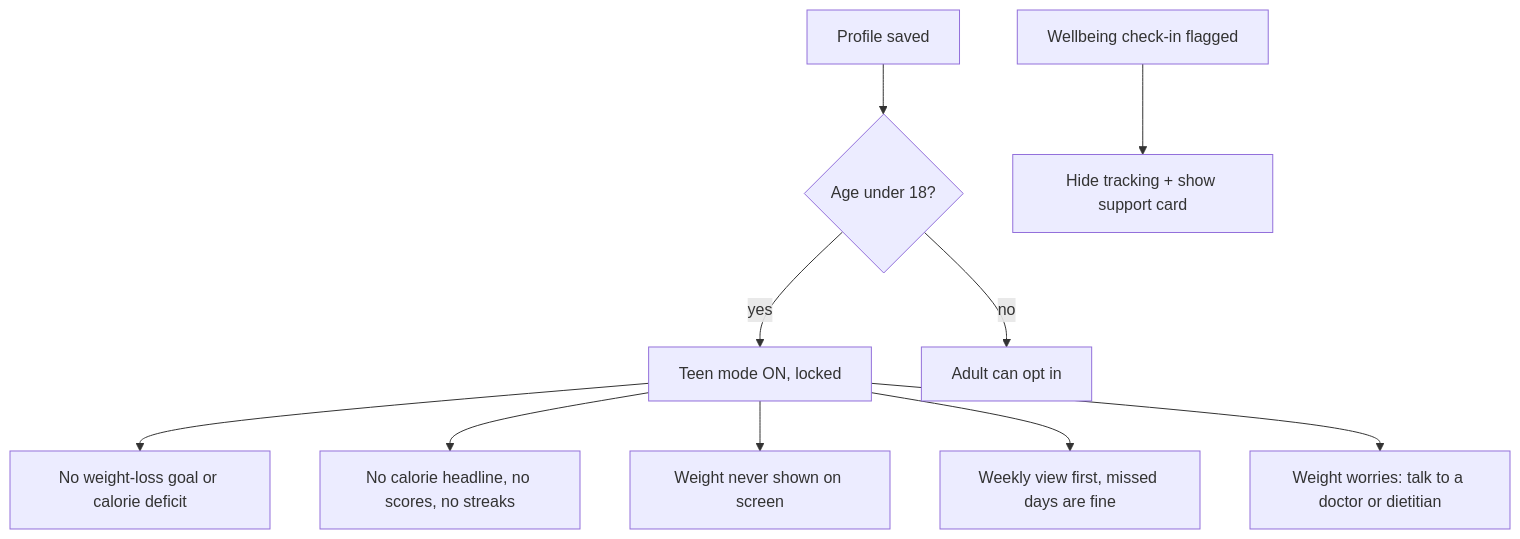
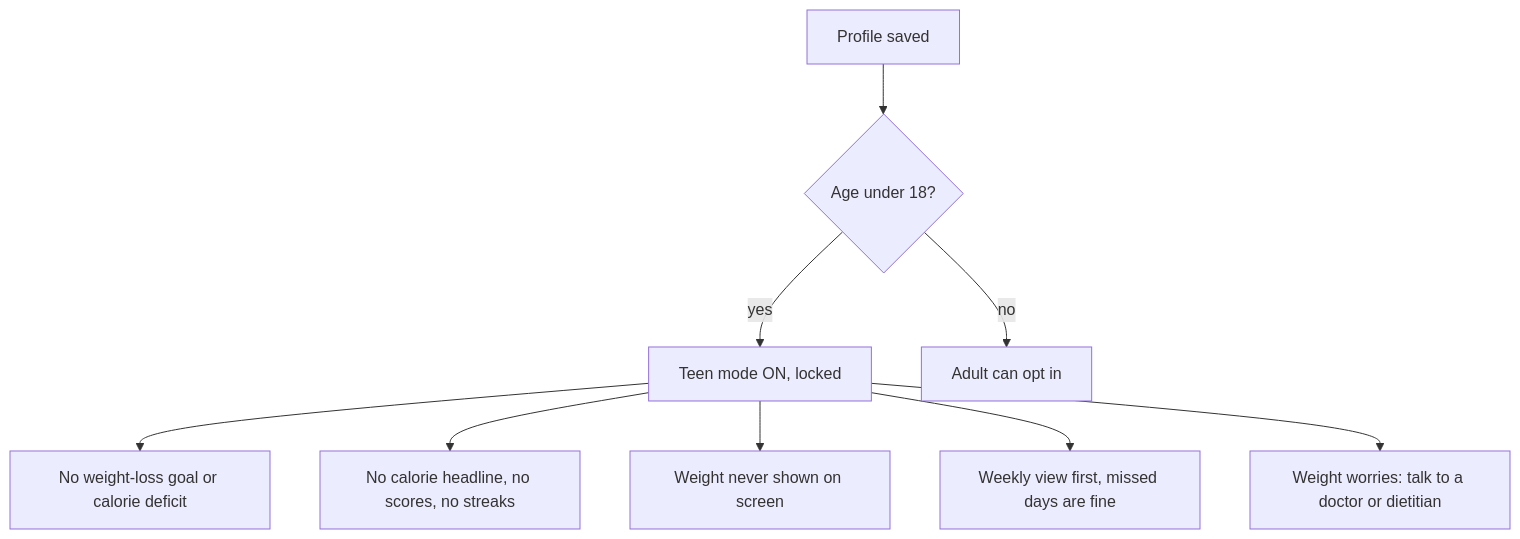
Before and after one commit to es-ratt/edibyte: the third of 6 diagrams in README.md, drawn with Mermaid. The commit also changed other lines of this file, not shown here.

````diff
--- a/README.md
+++ b/README.md
@@ -189,12 +184,11 @@
 ```mermaid
 flowchart TD
     A[Profile saved] --> B{Age under 18?}
     B -- yes --> T[Teen mode ON, locked]
     B -- no --> O[Adult can opt in]
     T --> T1[No weight-loss goal or calorie deficit]
     T --> T2[No calorie headline, no scores, no streaks]
     T --> T3[Weight never shown on screen]
     T --> T4[Weekly view first, missed days are fine]
     T --> T5["Weight worries: talk to a doctor or dietitian"]
-    W[Wellbeing check-in flagged] --> H[Hide tracking + show support card]
 ```
````
